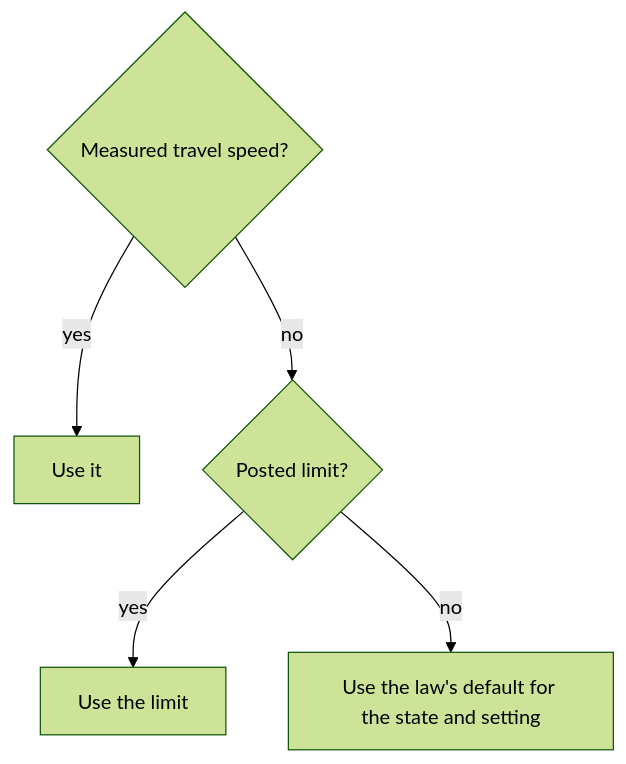
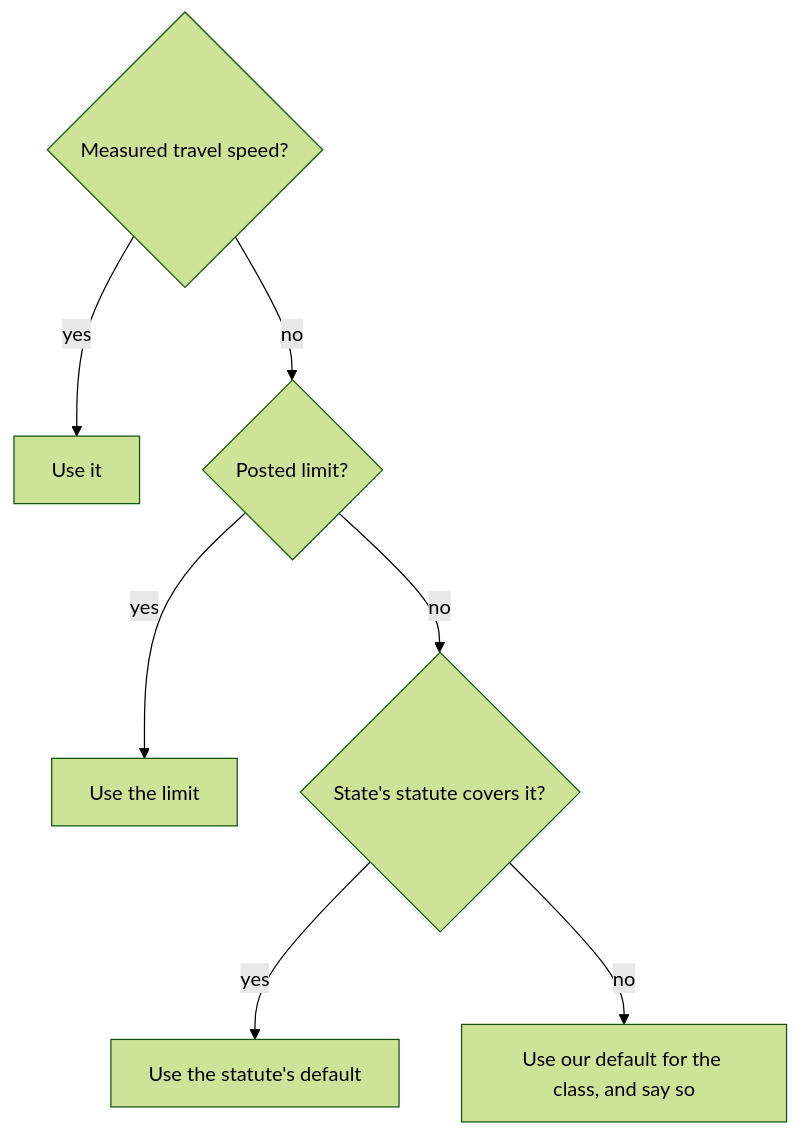
The second of 13 diagrams in docs/stress/classification.md (Macrophage87/RouteMaker), drawn with Mermaid (forest theme) before and after one commit. The commit also changed other lines of this file and 1 other file, not shown here.

First line of the commit message:
Stress docs, review r1: speeds by state, measured class counts, the rural table, the missing-data rule, the service-road diagram

````diff
--- a/docs/stress/classification.md
+++ b/docs/stress/classification.md
@@ -142,7 +160,9 @@
 ```mermaid
 flowchart TD
     A{"Measured travel speed?"} -- yes --> M["Use it"]
     A -- no --> B{"Posted limit?"}
     B -- yes --> P["Use the limit"]
-    B -- no --> C["Use the law's default for the state and setting"]
+    B -- no --> C{"State's statute covers it?"}
+    C -- yes --> L["Use the statute's default"]
+    C -- no --> D["Use our default for the class, and say so"]
 ```
````
